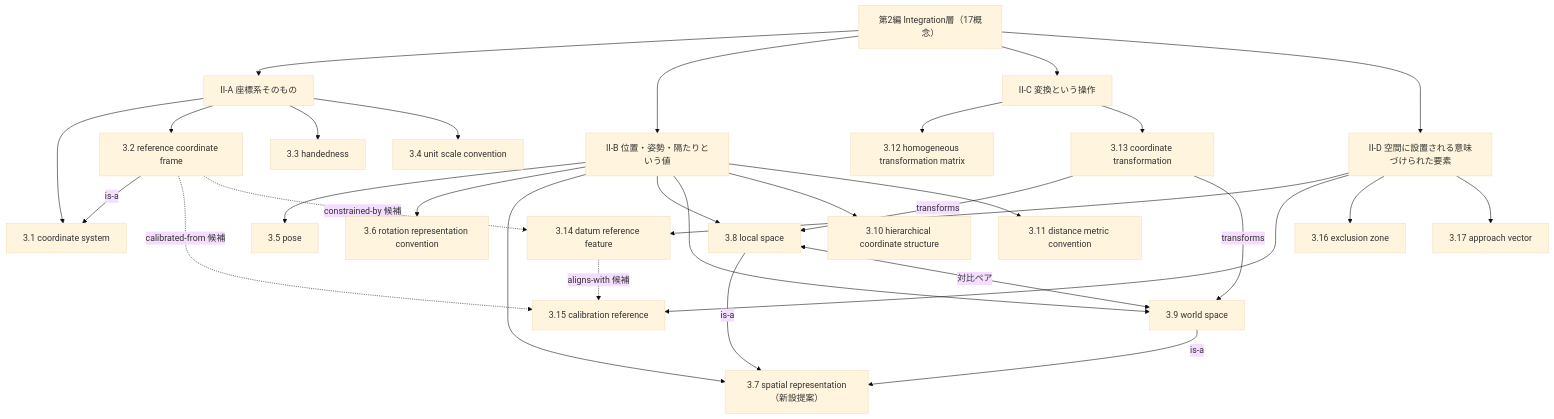
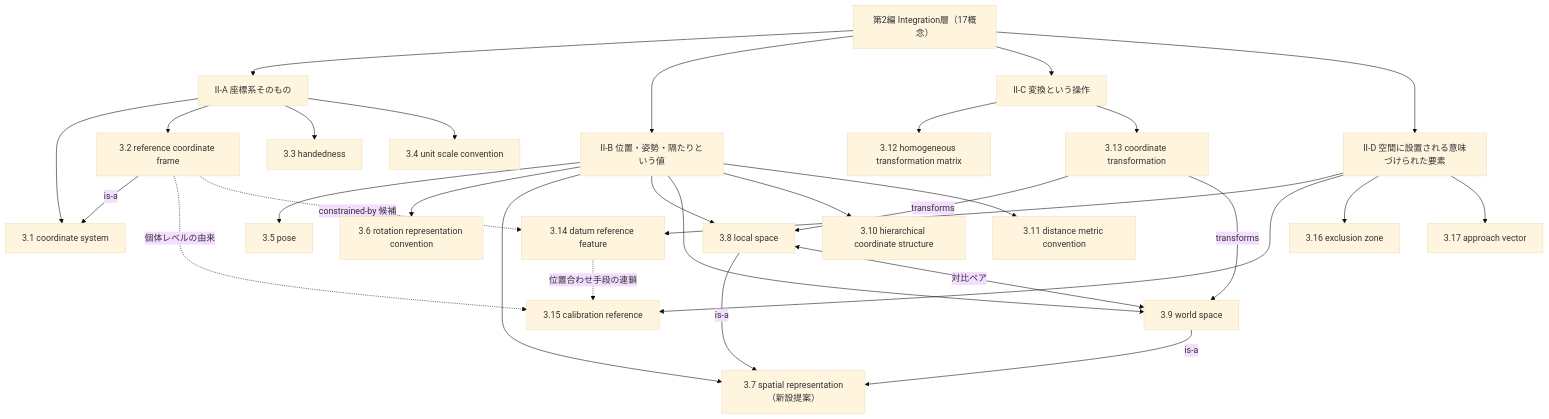
Before and after one commit to yuubae215/my-dictionary: the second of 2 diagrams in pilot/part2-integration.md, drawn with Mermaid (base theme). The commit also changed other lines of this file and 9 other files, not shown here.

````diff
--- a/pilot/part2-integration.md
+++ b/pilot/part2-integration.md
@@ -432,36 +432,36 @@
 ```mermaid
 flowchart TB
     P2["第2編 Integration層（17概念）"]
     P2 --> A["II-A 座標系そのもの"]
     P2 --> B["II-B 位置・姿勢・隔たりという値"]
     P2 --> C["II-C 変換という操作"]
     P2 --> D["II-D 空間に設置される意味づけられた要素"]
 
     A --> A1["3.1 coordinate system"]
     A --> A2["3.2 reference coordinate frame"]
     A --> A3["3.3 handedness"]
     A --> A4["3.4 unit scale convention"]
     B --> B1["3.5 pose"]
     B --> B2["3.6 rotation representation convention"]
     B --> B0["3.7 spatial representation（新設提案）"]
     B --> B3["3.8 local space"]
     B --> B4["3.9 world space"]
     B --> B5["3.10 hierarchical coordinate structure"]
     B --> B6["3.11 distance metric convention"]
     C --> C1["3.12 homogeneous transformation matrix"]
     C --> C2["3.13 coordinate transformation"]
     D --> D1["3.14 datum reference feature"]
     D --> D2["3.15 calibration reference"]
     D --> D3["3.16 exclusion zone"]
     D --> D4["3.17 approach vector"]
 
     A2 -->|is-a| A1
     B3 -->|is-a| B0
     B4 -->|is-a| B0
     C2 -->|transforms| B3
     C2 -->|transforms| B4
     B3 <-->|"対比ペア"| B4
-    D1 -.->|"aligns-with 候補"| D2
-    A2 -.->|"calibrated-from 候補"| D2
+    D1 -.->|"位置合わせ手段の連鎖"| D2
+    A2 -.->|"個体レベルの由来"| D2
     A2 -.->|"constrained-by 候補"| D1
 ```
````
